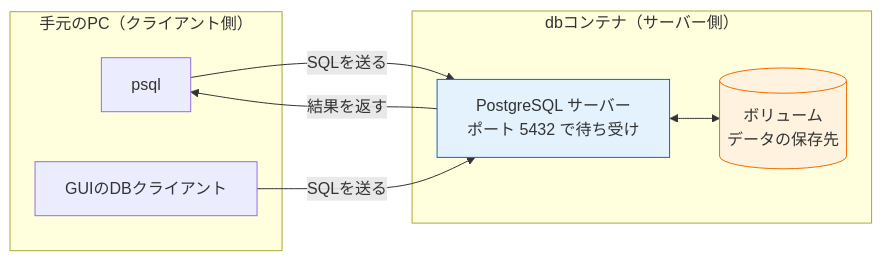
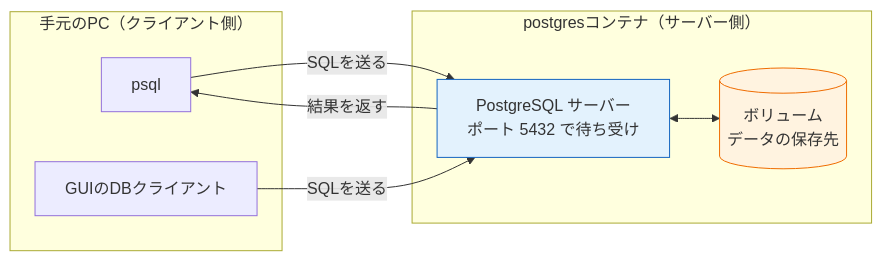
One commit to dik-ab/school-curriculum-platform changed the first of 3 diagrams in cloudflare-site/src/content/docs/database/postgresql_setup.md. Above: the diagram before and after it, drawn with Mermaid. The commit also changed other lines of this file, not shown here.

````diff
--- a/cloudflare-site/src/content/docs/database/postgresql_setup.md
+++ b/cloudflare-site/src/content/docs/database/postgresql_setup.md
@@ -95,17 +95,17 @@
 ```mermaid
 flowchart LR
     subgraph Host["手元のPC（クライアント側）"]
         Q["psql"]
         DBT["GUIのDBクライアント"]
     end
-    subgraph Cont["dbコンテナ（サーバー側）"]
+    subgraph Cont["postgresコンテナ（サーバー側）"]
         SV["PostgreSQL サーバー<br>ポート 5432 で待ち受け"]
         VOL[("ボリューム<br>データの保存先")]
     end
     Q -->|"SQLを送る"| SV
     DBT -->|"SQLを送る"| SV
     SV -->|"結果を返す"| Q
     SV <--> VOL
     style SV fill:#e3f2fd,stroke:#1565c0
     style VOL fill:#fff3e0,stroke:#ef6c00
 ```
````
